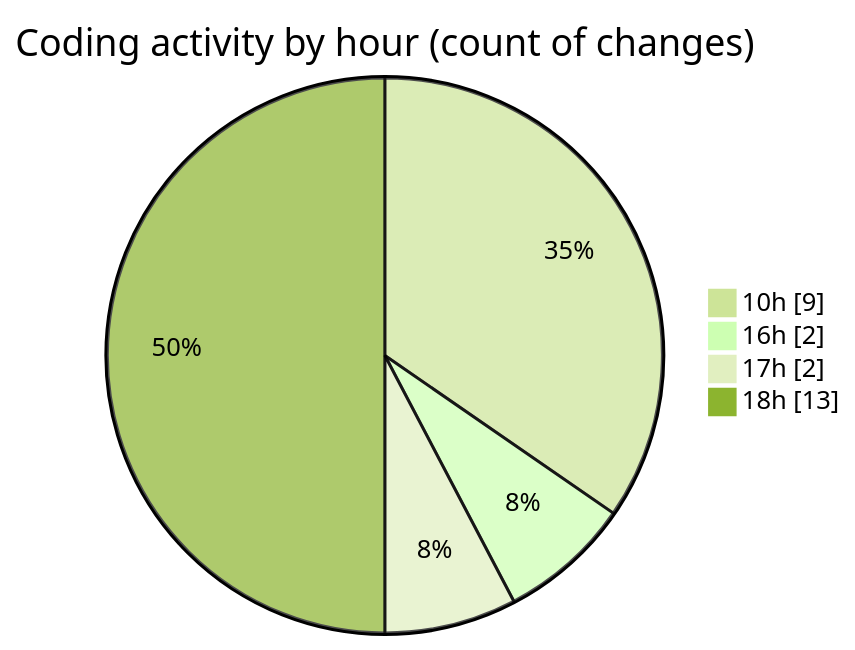
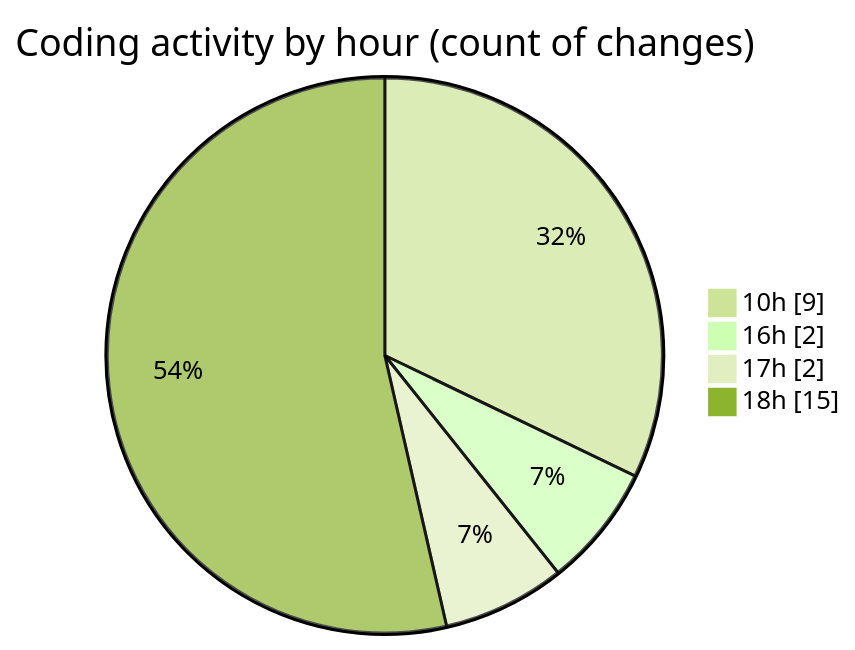
The second of 2 diagrams in 2025-10-10/eventscop-api-guide__workspace_/README.md (julien-gomy/code-tracking), drawn with Mermaid (forest theme) before and after one commit. The commit also changed other lines of this file and 1 other file, not shown here.

````diff
--- a/2025-10-10/eventscop-api-guide__workspace_/README.md
+++ b/2025-10-10/eventscop-api-guide__workspace_/README.md
@@ -31,8 +31,8 @@
 ```mermaid
 pie showData
 title Coding activity by hour (count of changes)
 "10h" : 9
 "16h" : 2
 "17h" : 2
-"18h" : 13
+"18h" : 15
 ```
````
